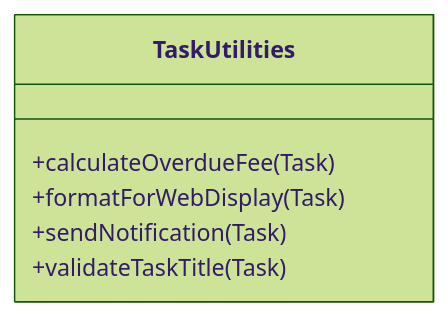
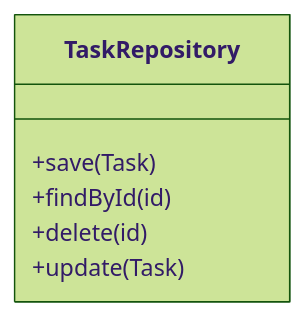
Before and after one commit to suli-g/stratum: the fifth of 10 diagrams in docs/level-1/L02.md, drawn with Mermaid (forest theme). The commit also changed other lines of this file, not shown here.

Commit message:
Draft: Updated version of task 2 - to be submitted for comparison.

````diff
--- a/docs/level-1/L02.md
+++ b/docs/level-1/L02.md
@@ -142,9 +177,9 @@
 ```{mermaid}
 classDiagram
-    class TaskUtilities {
-        +calculateOverdueFee(Task)
-        +formatForWebDisplay(Task)
-        +sendNotification(Task)
-        +validateTaskTitle(Task)
+    class TaskRepository {
+        +save(Task)
+        +findById(id)
+        +delete(id)
+        +update(Task)
     }
 ```
````
